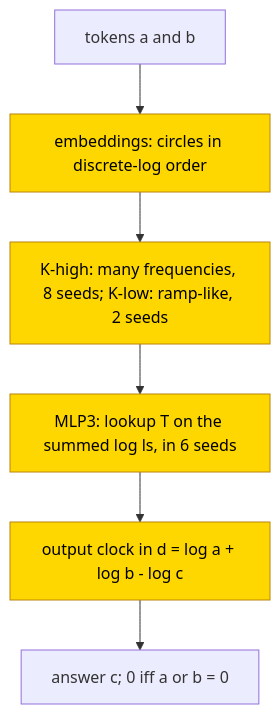
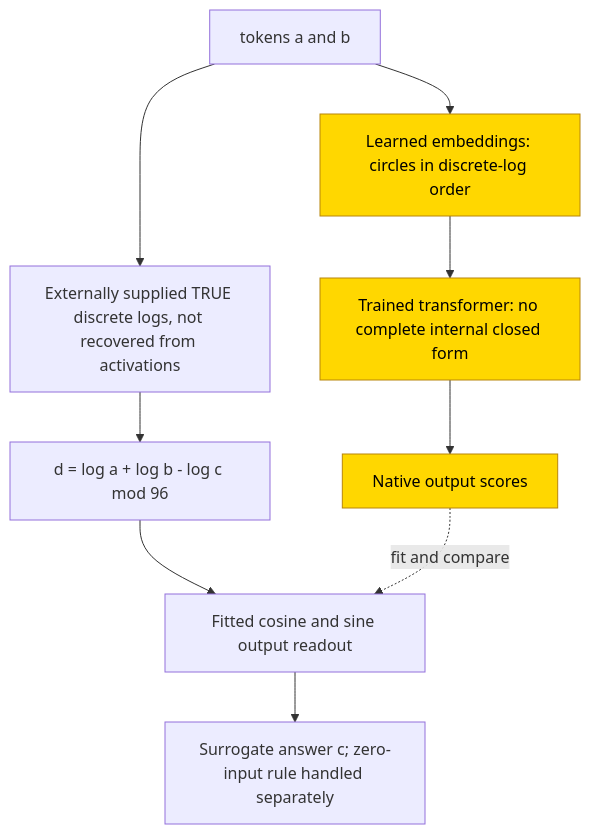
The second of 2 diagrams in entries/modular-arithmetic-mod-97.md (jc1122/mechanistic-interpretability-circuit-atlas), drawn with Mermaid before and after one commit. The commit also changed other lines of this file and 54 other files, not shown here.

````diff
--- a/entries/modular-arithmetic-mod-97.md
+++ b/entries/modular-arithmetic-mod-97.md
@@ -164,10 +176,13 @@
 ```mermaid
 flowchart TD
-    T["tokens a and b"] --> E["embeddings: circles in discrete-log order"]
-    E --> K["K-high: many frequencies, 8 seeds; K-low: ramp-like, 2 seeds"]
-    K --> M3["MLP3: lookup T on the summed log ls, in 6 seeds"]
-    M3 --> O["output clock in d = log a + log b - log c"]
-    O --> R["answer c; 0 iff a or b = 0"]
+    T["tokens a and b"] --> E["Learned embeddings: circles in discrete-log order"]
+    E --> N["Trained transformer: no complete internal closed form"]
+    N --> L["Native output scores"]
+    T --> Q["Externally supplied TRUE discrete logs, not recovered from activations"]
+    Q --> D["d = log a + log b - log c mod 96"]
+    D --> O["Fitted cosine and sine output readout"]
+    L -.->|"fit and compare"| O
+    O --> R["Surrogate answer c; zero-input rule handled separately"]
     classDef trained fill:gold,stroke:darkgoldenrod,color:black
-    class E,K,M3,O trained
+    class E,N,L trained
 ```
````
